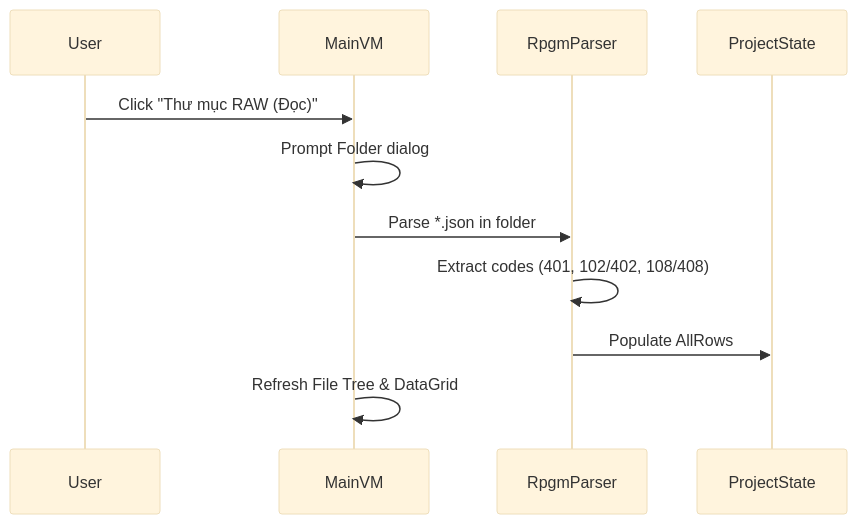
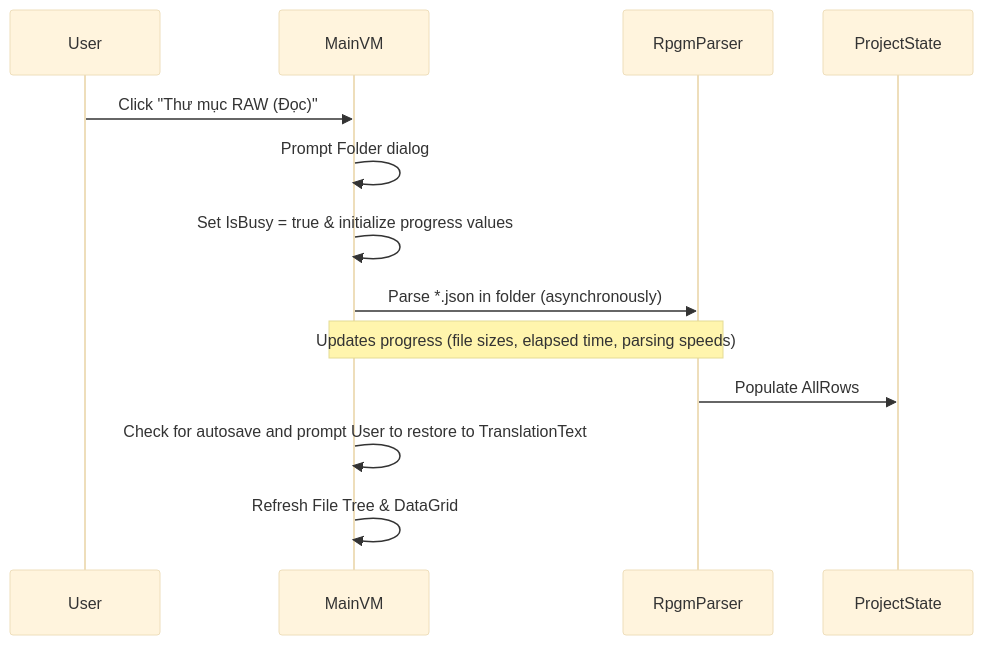
The second of 5 diagrams in architecture.md (anhluong447/Nelir-RPGM-Translator), drawn with Mermaid (base theme) before and after one commit. The commit also changed other lines of this file and 5 other files, not shown here.

Commit message:
feat: implement premium progress overlay with bottleneck stats and fix autosave restore target

````diff
--- a/architecture.md
+++ b/architecture.md
@@ -55,14 +55,16 @@
 ```mermaid
 sequenceDiagram
     participant User
     participant MainVM
     participant RpgmParser
     participant ProjectState
 
     User->>MainVM: Click "Thư mục RAW (Đọc)"
     MainVM->>MainVM: Prompt Folder dialog
-    MainVM->>RpgmParser: Parse *.json in folder
-    RpgmParser->>RpgmParser: Extract codes (401, 102/402, 108/408)
+    MainVM->>MainVM: Set IsBusy = true & initialize progress values
+    MainVM->>RpgmParser: Parse *.json in folder (asynchronously)
+    Note over MainVM, RpgmParser: Updates progress (file sizes, elapsed time, parsing speeds)
     RpgmParser->>ProjectState: Populate AllRows
+    MainVM->>MainVM: Check for autosave and prompt User to restore to TranslationText
     MainVM->>MainVM: Refresh File Tree & DataGrid
 ```
````
